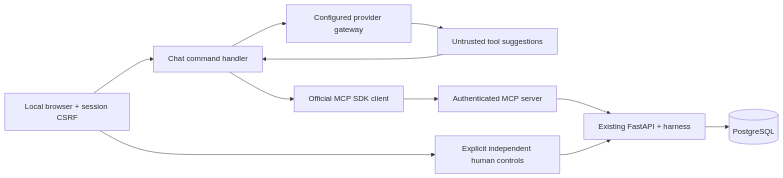
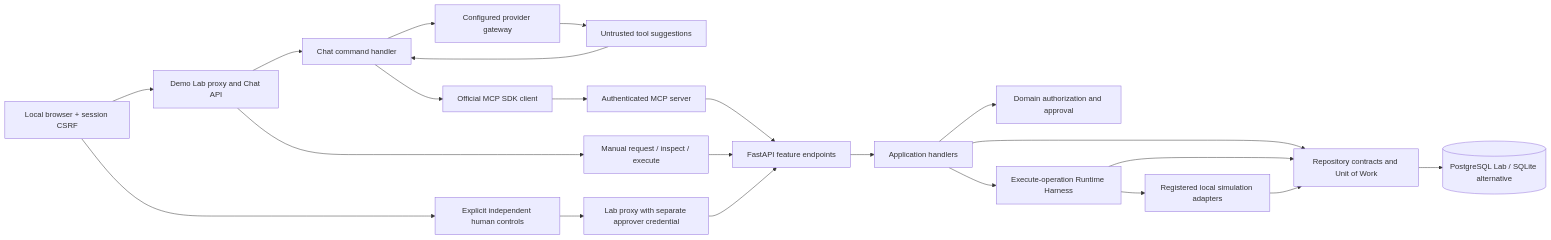
Before and after one commit to danillofratta/agentgate-sdd: the second of 2 diagrams in docs/architecture.md, drawn with Mermaid. The commit also changed other lines of this file and 18 other files, not shown here.

````diff
--- a/docs/architecture.md
+++ b/docs/architecture.md
@@ -209,13 +209,24 @@
 ```mermaid
 flowchart LR
-    Browser[Local browser + session CSRF] --> Chat[Chat command handler]
+    Browser[Local browser + session CSRF] --> Lab[Demo Lab proxy and Chat API]
+    Lab --> Chat[Chat command handler]
     Chat --> LLM[Configured provider gateway]
     LLM --> Untrusted[Untrusted tool suggestions]
     Untrusted --> Chat
     Chat --> Client[Official MCP SDK client]
     Client --> MCP[Authenticated MCP server]
-    MCP --> API[Existing FastAPI + harness]
-    API --> DB[(PostgreSQL)]
+    MCP --> API[FastAPI feature endpoints]
+    Lab --> Manual[Manual request / inspect / execute]
+    Manual --> API
     Browser --> Human[Explicit independent human controls]
-    Human --> API
+    Human --> Approver[Lab proxy with separate approver credential]
+    Approver --> API
+    API --> App[Application handlers]
+    App --> Domain[Domain authorization and approval]
+    App --> Harness[Execute-operation Runtime Harness]
+    Harness --> Tools[Registered local simulation adapters]
+    App --> Persistence[Repository contracts and Unit of Work]
+    Harness --> Persistence
+    Tools --> Persistence
+    Persistence --> DB[(PostgreSQL Lab / SQLite alternative)]
 ```
````
